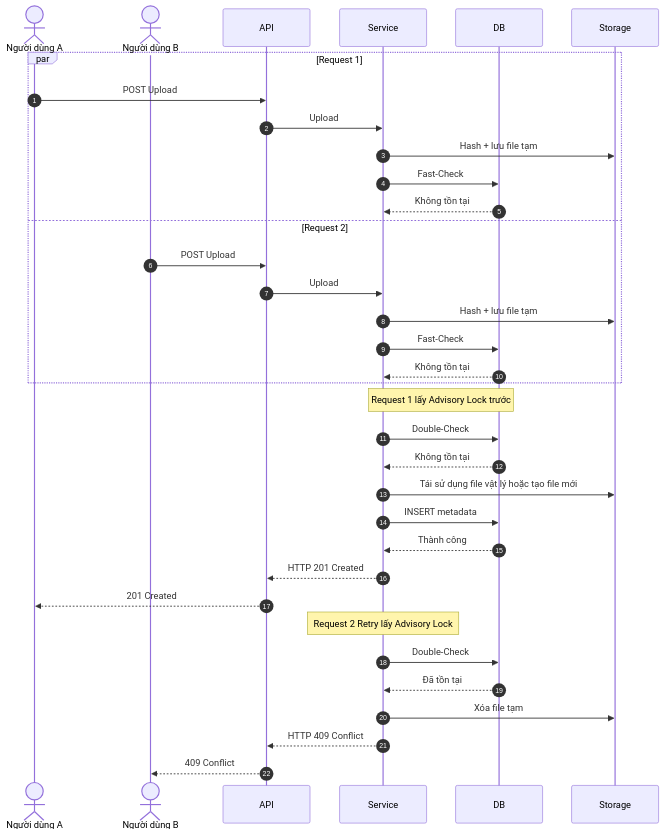
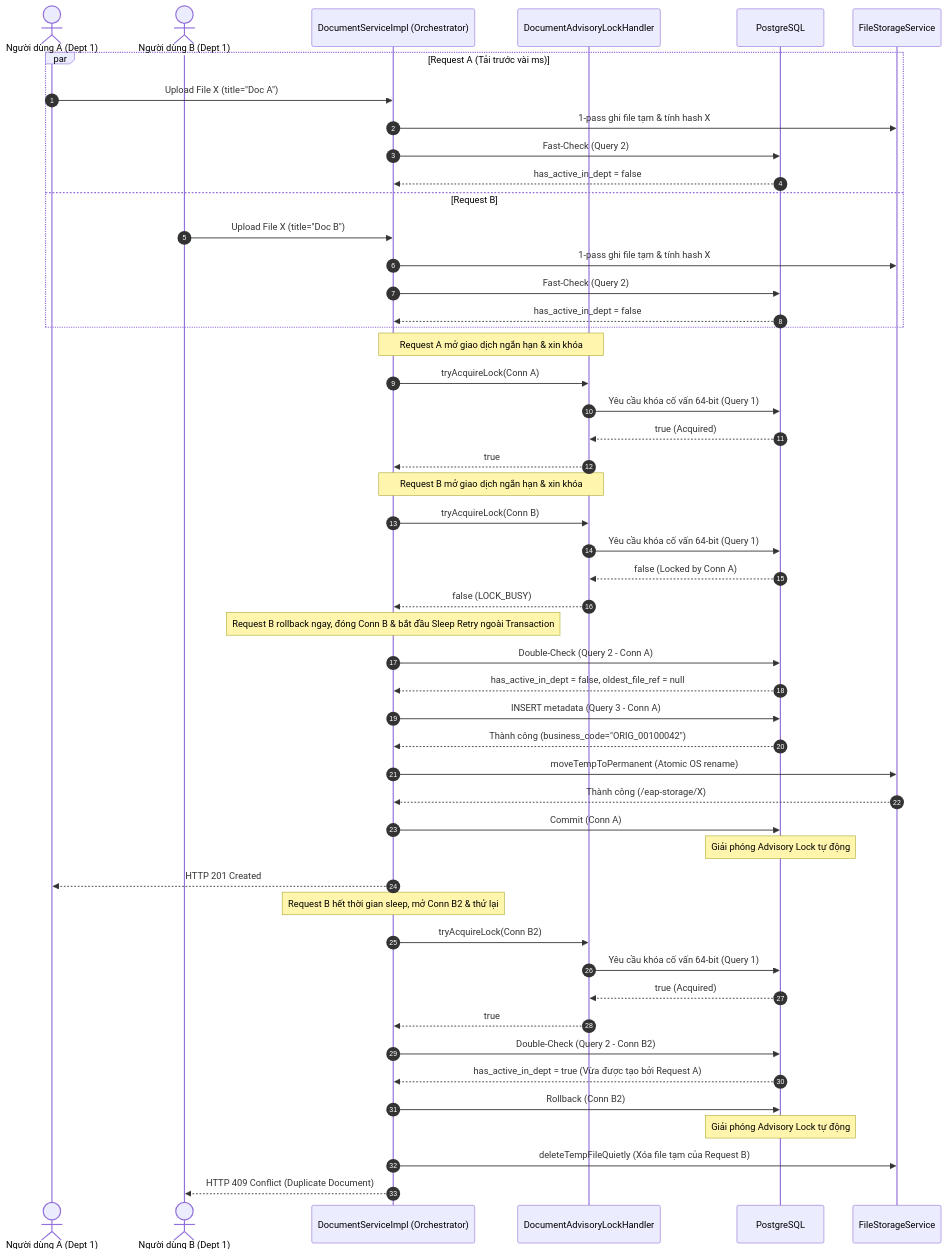
The first of 3 diagrams in eap/docs/week2/DetailedDesign.md (thanhhuong1523/enterprise-ai-systems), drawn with Mermaid before and after one commit. The commit also changed other lines of this file and 28 other files, not shown here.

````diff
--- a/eap/docs/week2/DetailedDesign.md
+++ b/eap/docs/week2/DetailedDesign.md
@@ -228,48 +231,59 @@
 ```mermaid
 sequenceDiagram
     autonumber
+    actor UserA as Người dùng A (Dept 1)
+    actor UserB as Người dùng B (Dept 1)
+    participant Service as DocumentServiceImpl (Orchestrator)
+    participant Lock as DocumentAdvisoryLockHandler
+    participant DB as PostgreSQL
+    participant Storage as FileStorageService
 
-    actor UserA as Người dùng A
-    actor UserB as Người dùng B
-
-    participant API
-    participant Service
-    participant DB
-    participant Storage
-
-    par Request 1
-        UserA->>API: POST Upload
-        API->>Service: Upload
-        Service->>Storage: Hash + lưu file tạm
-        Service->>DB: Fast-Check
-        DB-->>Service: Không tồn tại
-    and Request 2
-        UserB->>API: POST Upload
-        API->>Service: Upload
-        Service->>Storage: Hash + lưu file tạm
-        Service->>DB: Fast-Check
-        DB-->>Service: Không tồn tại
+    par Request A (Tải trước vài ms)
+        UserA->>Service: Upload File X (title="Doc A")
+        Service->>Storage: 1-pass ghi file tạm & tính hash X
+        Service->>DB: Fast-Check (Query 2)
+        DB-->>Service: has_active_in_dept = false
+    and Request B
+        UserB->>Service: Upload File X (title="Doc B")
+        Service->>Storage: 1-pass ghi file tạm & tính hash X
+        Service->>DB: Fast-Check (Query 2)
+        DB-->>Service: has_active_in_dept = false
     end
 
-    Note over Service,DB: Request 1 lấy Advisory Lock trước
+    Note over Service,Lock: Request A mở giao dịch ngắn hạn & xin khóa
+    Service->>Lock: tryAcquireLock(Conn A)
+    Lock->>DB: Yêu cầu khóa cố vấn 64-bit (Query 1)
+    DB-->>Lock: true (Acquired)
+    Lock-->>Service: true
 
-    Service->>DB: Double-Check
-    DB-->>Service: Không tồn tại
+    Note over Service,Lock: Request B mở giao dịch ngắn hạn & xin khóa
+    Service->>Lock: tryAcquireLock(Conn B)
+    Lock->>DB: Yêu cầu khóa cố vấn 64-bit (Query 1)
+    DB-->>Lock: false (Locked by Conn A)
+    Lock-->>Service: false (LOCK_BUSY)
+    
+    Note over Service: Request B rollback ngay, đóng Conn B & bắt đầu Sleep Retry ngoài Transaction
 
-    Service->>Storage: Tái sử dụng file vật lý hoặc tạo file mới
-    Service->>DB: INSERT metadata
-    DB-->>Service: Thành công
+    Service->>DB: Double-Check (Query 2 - Conn A)
+    DB-->>Service: has_active_in_dept = false, oldest_file_ref = null
+    Service->>DB: INSERT metadata (Query 3 - Conn A)
+    DB-->>Service: Thành công (business_code="ORIG_00100042")
+    Service->>Storage: moveTempToPermanent (Atomic OS rename)
+    Storage-->>Service: Thành công (/eap-storage/X)
+    Service->>DB: Commit (Conn A)
+    Note over DB: Giải phóng Advisory Lock tự động
+    Service-->>UserA: HTTP 201 Created
 
-    Service-->>API: HTTP 201 Created
-    API-->>UserA: 201 Created
+    Note over Service: Request B hết thời gian sleep, mở Conn B2 & thử lại
+    Service->>Lock: tryAcquireLock(Conn B2)
+    Lock->>DB: Yêu cầu khóa cố vấn 64-bit (Query 1)
+    DB-->>Lock: true (Acquired)
+    Lock-->>Service: true
 
-    Note over Service: Request 2 Retry lấy Advisory Lock
-
-    Service->>DB: Double-Check
-    DB-->>Service: Đã tồn tại
-
-    Service->>Storage: Xóa file tạm
-
-    Service-->>API: HTTP 409 Conflict
-    API-->>UserB: 409 Conflict
+    Service->>DB: Double-Check (Query 2 - Conn B2)
+    DB-->>Service: has_active_in_dept = true (Vừa được tạo bởi Request A)
+    Service->>DB: Rollback (Conn B2)
+    Note over DB: Giải phóng Advisory Lock tự động
+    Service->>Storage: deleteTempFileQuietly (Xóa file tạm của Request B)
+    Service-->>UserB: HTTP 409 Conflict (Duplicate Document)
 ```
````
